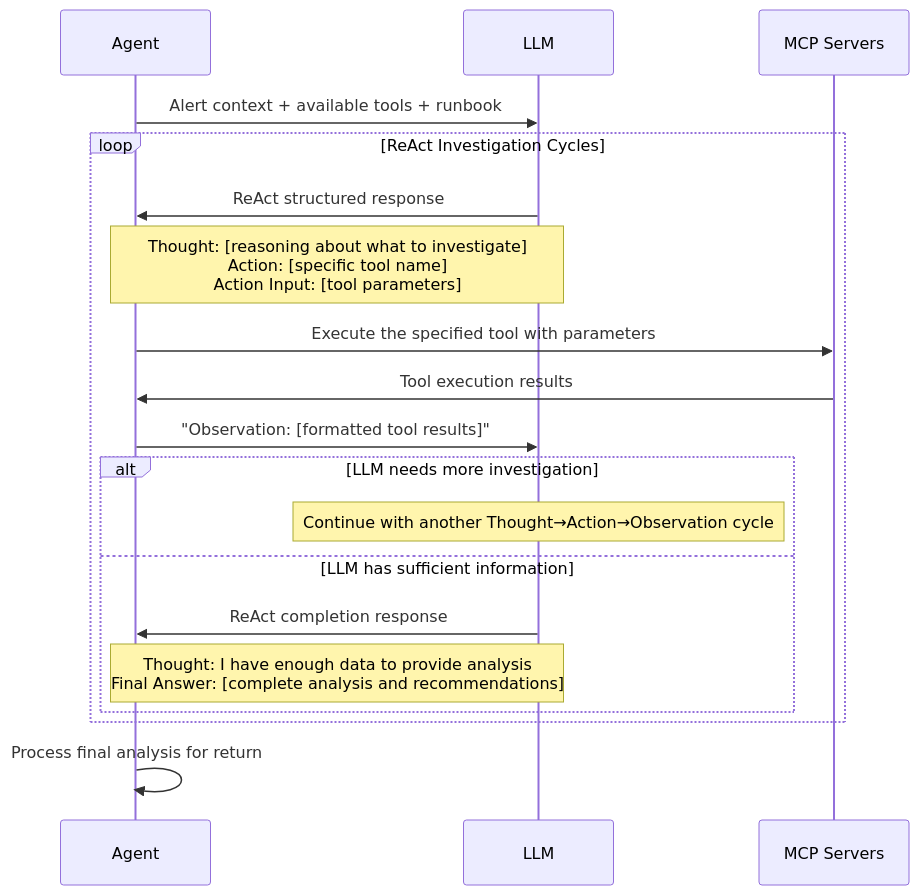
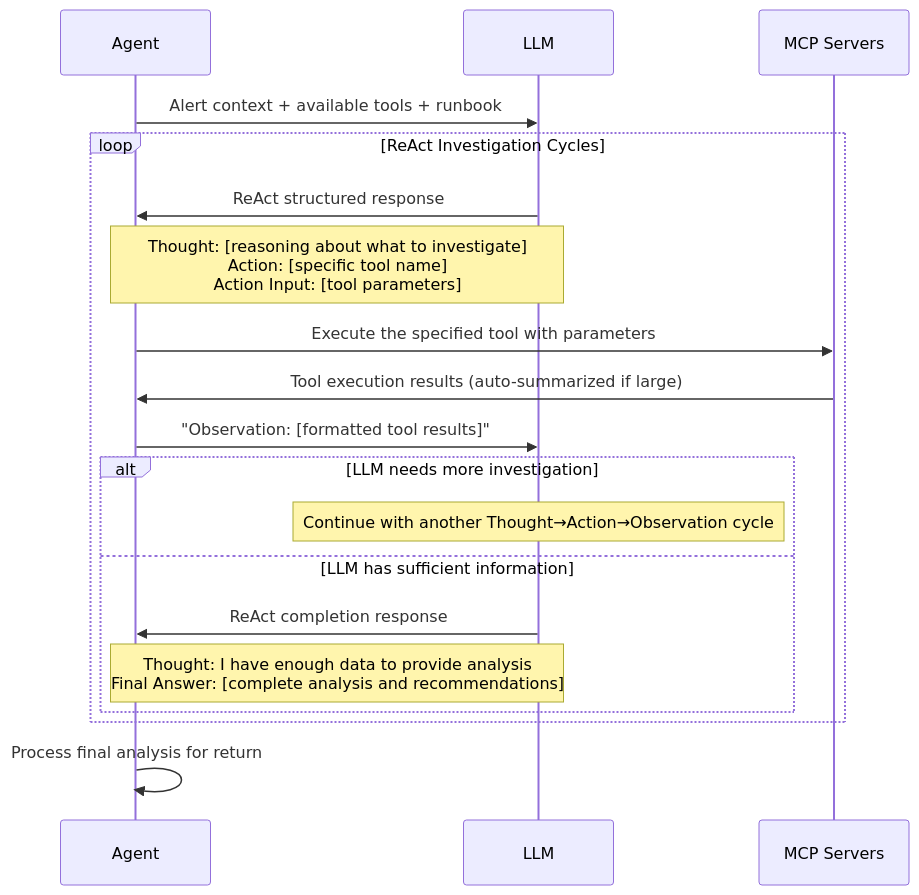
Before and after one commit to rsoaresd/tarsy-bot: the third of 4 diagrams in docs/architecture-overview.md, drawn with Mermaid. The commit also changed other lines of this file and 3 other files, not shown here.

````diff
--- a/docs/architecture-overview.md
+++ b/docs/architecture-overview.md
@@ -92,25 +94,25 @@
 ```mermaid
 sequenceDiagram
     participant A as Agent
     participant L as LLM
     participant MCP as MCP Servers
 
     A->>L: Alert context + available tools + runbook
     
     loop ReAct Investigation Cycles
         L->>A: ReAct structured response
         Note over L,A: Thought: [reasoning about what to investigate]<br/>Action: [specific tool name]<br/>Action Input: [tool parameters]
         A->>MCP: Execute the specified tool with parameters
-        MCP->>A: Tool execution results
+        MCP->>A: Tool execution results (auto-summarized if large)
         A->>L: "Observation: [formatted tool results]"
         
         alt LLM needs more investigation
             Note over L: Continue with another Thought→Action→Observation cycle
         else LLM has sufficient information
             L->>A: ReAct completion response
             Note over L,A: Thought: I have enough data to provide analysis<br/>Final Answer: [complete analysis and recommendations]
         end
     end
     
     A->>A: Process final analysis for return
 ```
````
